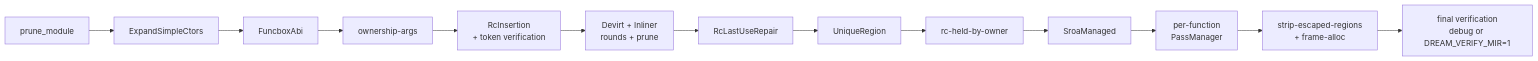
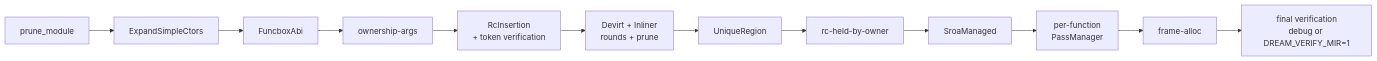
One commit to sps014/dream changed the first of 2 diagrams in docs/internals/05-writing-passes.md. Above: the diagram before and after it, drawn with Mermaid. The commit also changed other lines of this file and 27 other files, not shown here.

First line of the commit message:
Preserve inlined ownership and delete repair passes (Phase 7.6) (#50)

````diff
--- a/docs/internals/05-writing-passes.md
+++ b/docs/internals/05-writing-passes.md
@@ -90,4 +90,4 @@
 ```mermaid
 flowchart LR
-    prune1[prune_module] --> expand[ExpandSimpleCtors] --> fbox[FuncboxAbi] --> args[ownership-args] --> rc[RcInsertion\n+ token verification] --> inline[Devirt + Inliner\nrounds + prune] --> repair[RcLastUseRepair] --> ur[UniqueRegion] --> held[rc-held-by-owner] --> sm[SroaManaged] --> perfn[per-function\nPassManager] --> late[strip-escaped-regions\n+ frame-alloc] --> verify[final verification\ndebug or DREAM_VERIFY_MIR=1]
+    prune1[prune_module] --> expand[ExpandSimpleCtors] --> fbox[FuncboxAbi] --> args[ownership-args] --> rc[RcInsertion\n+ token verification] --> inline[Devirt + Inliner\nrounds + prune] --> ur[UniqueRegion] --> held[rc-held-by-owner] --> sm[SroaManaged] --> perfn[per-function\nPassManager] --> late[frame-alloc] --> verify[final verification\ndebug or DREAM_VERIFY_MIR=1]
 ```
````
